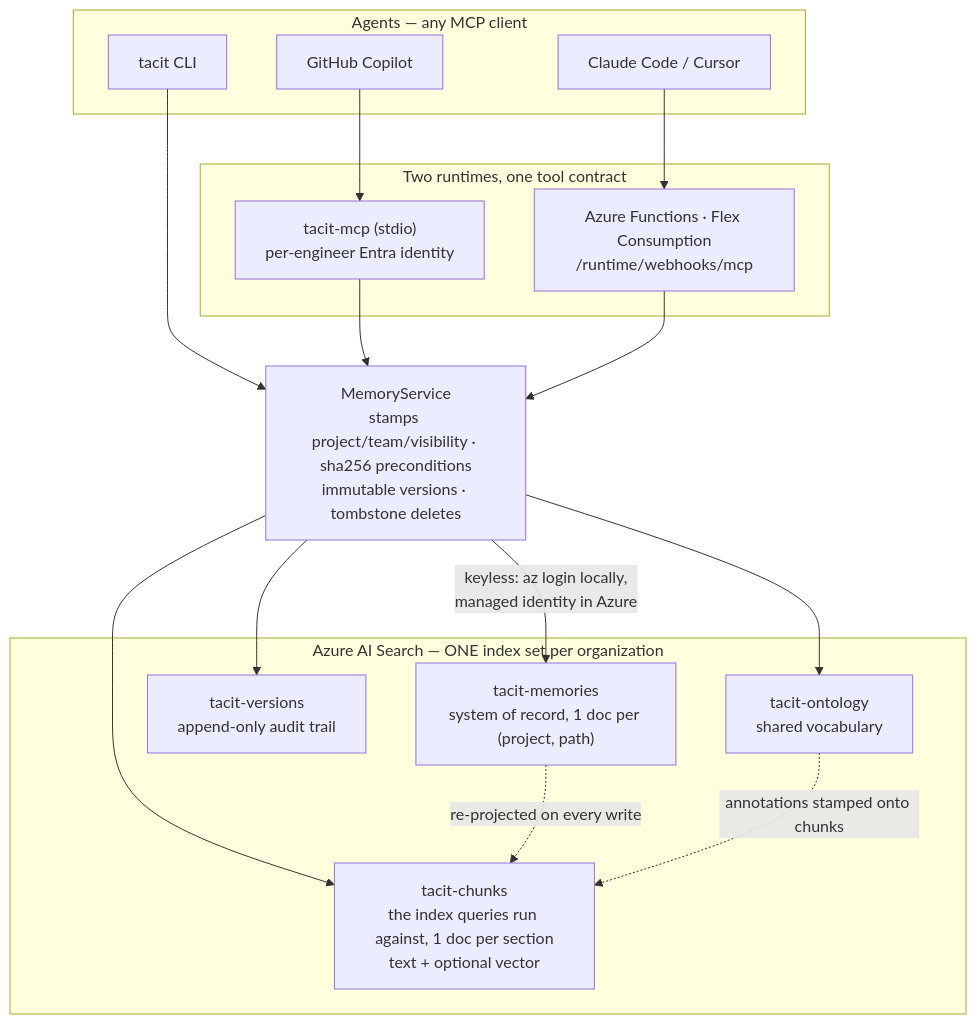
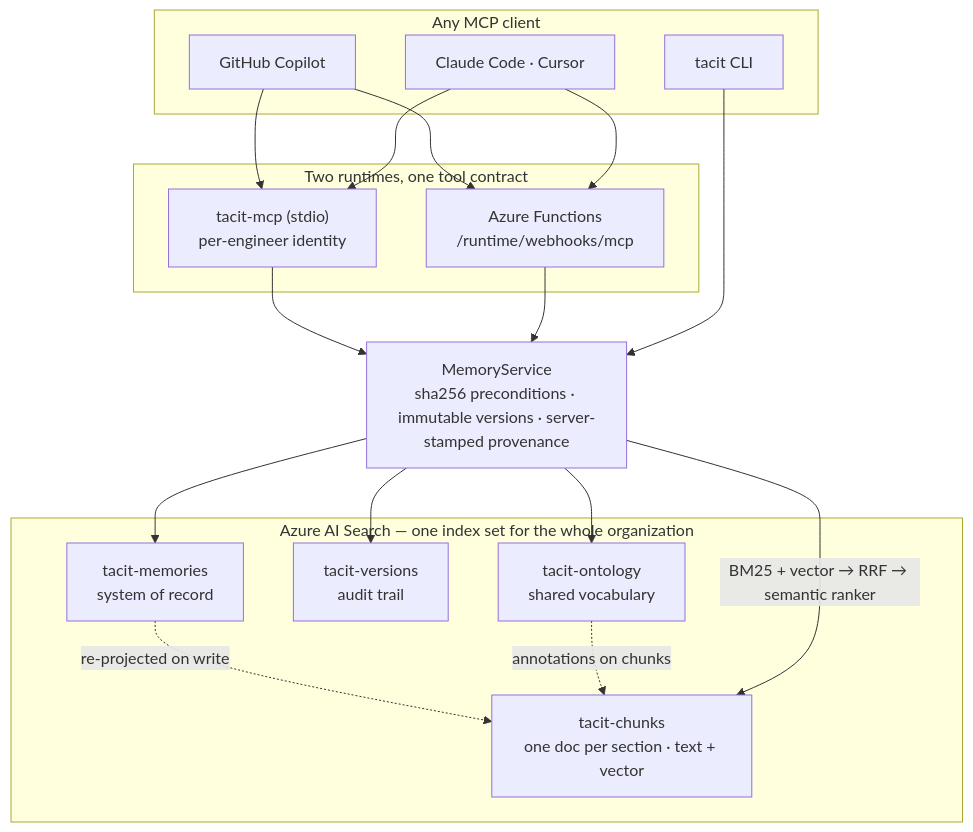
The second of 2 diagrams in README.md (lordlinus/tacit), drawn with Mermaid before and after one commit. The commit also changed other lines of this file and 2 other files, not shown here.

First line of the commit message:
Add architecture documentation for tacit system

````diff
--- a/README.md
+++ b/README.md
@@ -28,35 +42,25 @@
 ```mermaid
 flowchart TB
-    subgraph clients["Agents — any MCP client"]
+    subgraph clients["Any MCP client"]
         GHCP["GitHub Copilot"]
-        CC["Claude Code / Cursor"]
+        CC["Claude Code · Cursor"]
         CLI["tacit CLI"]
     end
-
-    subgraph transport["Two runtimes, one tool contract"]
-        STDIO["tacit-mcp (stdio)<br/>per-engineer Entra identity"]
-        FUNC["Azure Functions · Flex Consumption<br/>/runtime/webhooks/mcp"]
+    subgraph runtimes["Two runtimes, one tool contract"]
+        STDIO["tacit-mcp (stdio)<br/>per-engineer identity"]
+        FUNC["Azure Functions<br/>/runtime/webhooks/mcp"]
     end
-
-    SVC["MemoryService<br/>stamps project/team/visibility · sha256 preconditions<br/>immutable versions · tombstone deletes"]
-
-    subgraph idx["Azure AI Search — ONE index set per organization"]
-        M["tacit-memories<br/>system of record, 1 doc per (project, path)"]
-        C["tacit-chunks<br/>the index queries run against, 1 doc per section<br/>text + optional vector"]
-        V["tacit-versions<br/>append-only audit trail"]
+    SVC["MemoryService<br/>sha256 preconditions · immutable versions · server-stamped provenance"]
+    subgraph idx["Azure AI Search — one index set for the whole organization"]
+        M["tacit-memories<br/>system of record"]
+        C["tacit-chunks<br/>one doc per section · text + vector"]
+        V["tacit-versions<br/>audit trail"]
         O["tacit-ontology<br/>shared vocabulary"]
     end
-
-    GHCP --> STDIO
-    CC --> FUNC
-    CLI --> SVC
-    STDIO --> SVC
-    FUNC --> SVC
-
-    SVC -->|keyless: az login locally,<br/>managed identity in Azure| M
-    SVC --> V
-    SVC --> C
-    SVC --> O
-    M -.->|re-projected on every write| C
-    O -.->|annotations stamped onto chunks| C
+    GHCP & CC --> STDIO & FUNC
+    STDIO & FUNC & CLI --> SVC
+    SVC --> M & V & O
+    M -. "re-projected on write" .-> C
+    O -. "annotations on chunks" .-> C
+    SVC -- "BM25 + vector → RRF → semantic ranker" --> C
 ```
````
